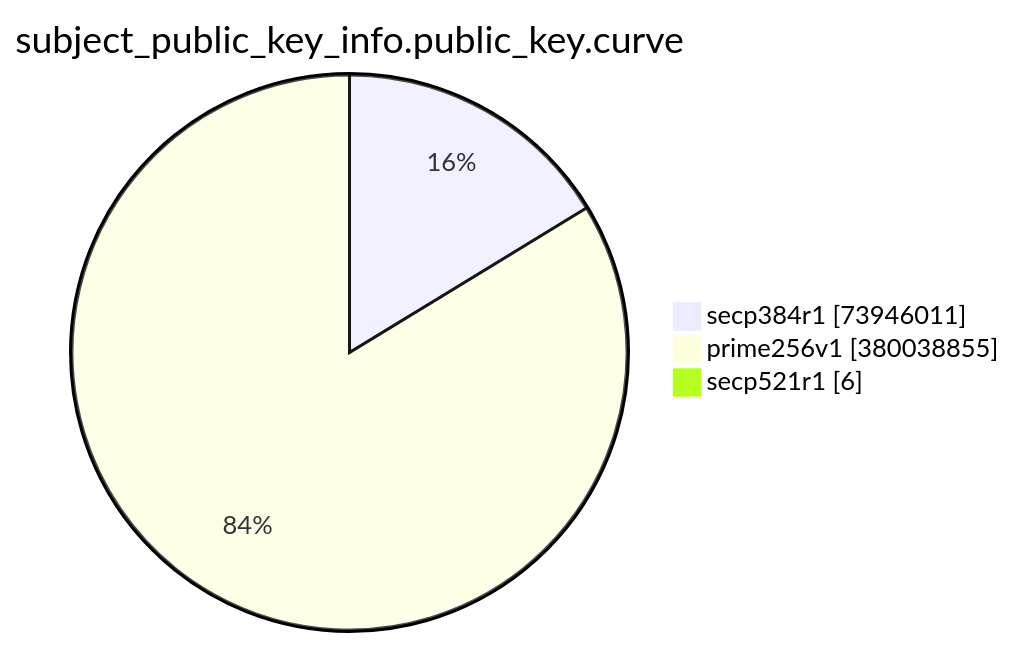
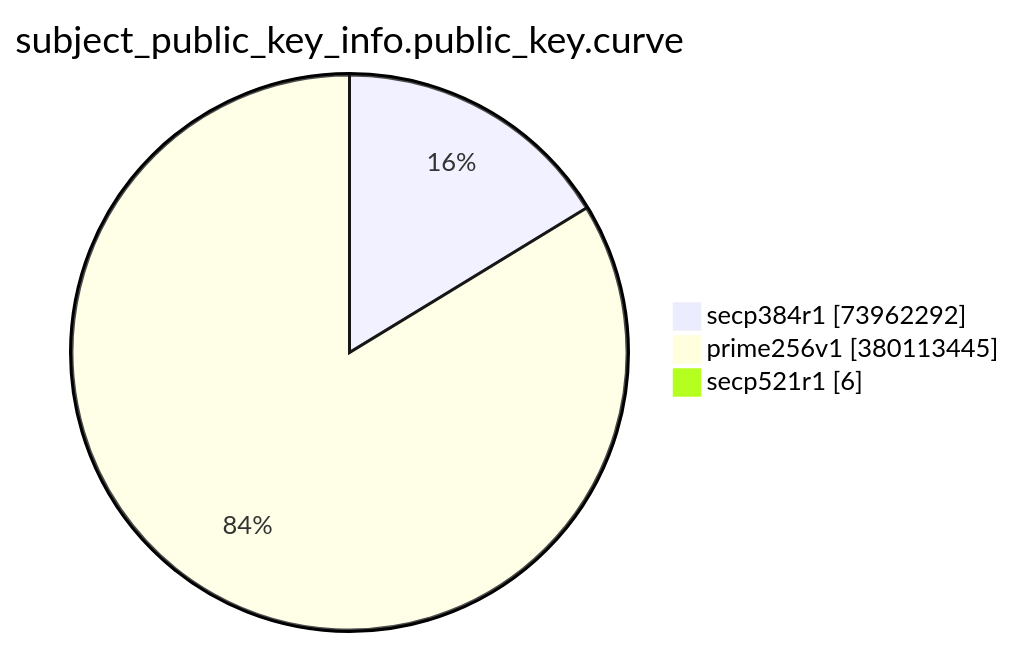
The eighth of 15 diagrams in TOTAL/README.md (christiankrug/ctmonitor_visualization), drawn with Mermaid before and after one commit. The commit also changed other lines of this file, not shown here.

````diff
--- a/TOTAL/README.md
+++ b/TOTAL/README.md
@@ -3094,7 +3094,7 @@
 ```mermaid
 pie showData
 title subject_public_key_info.public_key.curve
-"secp384r1" :73946011
-"prime256v1" :380038855
+"secp384r1" :73962292
+"prime256v1" :380113445
 "secp521r1" :6
 ```
````
